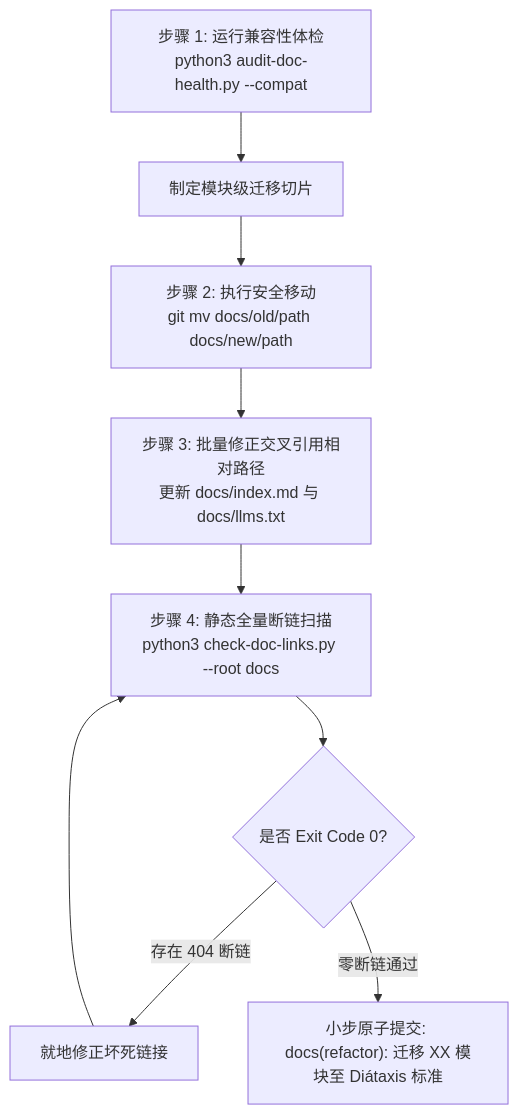
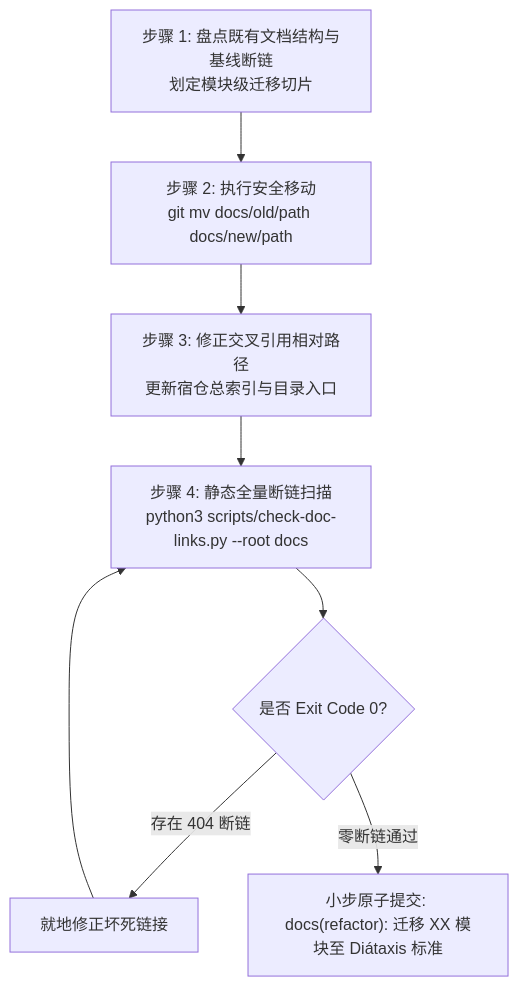
The diagram in skills/doc-governance/references/legacy-migration-guide.md (CodingRookie98/cr-agent-arsenal), drawn with Mermaid before and after one commit. The commit also changed other lines of this file and 68 other files, not shown here.

````diff
--- a/skills/doc-governance/references/legacy-migration-guide.md
+++ b/skills/doc-governance/references/legacy-migration-guide.md
@@ -42,10 +41,9 @@
 ```mermaid
 graph TD
-    Step1["步骤 1: 运行兼容性体检<br>python3 audit-doc-health.py --compat"] --> Plan["制定模块级迁移切片"]
-    Plan --> Step2["步骤 2: 执行安全移动<br>git mv docs/old/path docs/new/path"]
-    Step2 --> Step3["步骤 3: 批量修正交叉引用相对路径<br>更新 docs/index.md 与 docs/llms.txt"]
-    Step3 --> Step4["步骤 4: 静态全量断链扫描<br>python3 check-doc-links.py --root docs"]
+    Step1["步骤 1: 盘点既有文档结构与基线断链<br>划定模块级迁移切片"] --> Step2["步骤 2: 执行安全移动<br>git mv docs/old/path docs/new/path"]
+    Step2 --> Step3["步骤 3: 修正交叉引用相对路径<br>更新宿仓总索引与目录入口"]
+    Step3 --> Step4["步骤 4: 静态全量断链扫描<br>python3 scripts/check-doc-links.py --root docs"]
     Step4 --> Pass{"是否 Exit Code 0?"}
     Pass -->|存在 404 断链| Fix["就地修正坏死链接"] --> Step4
     Pass -->|零断链通过| Commit["小步原子提交: docs(refactor): 迁移 XX 模块至 Diátaxis 标准"]
 ```
````
